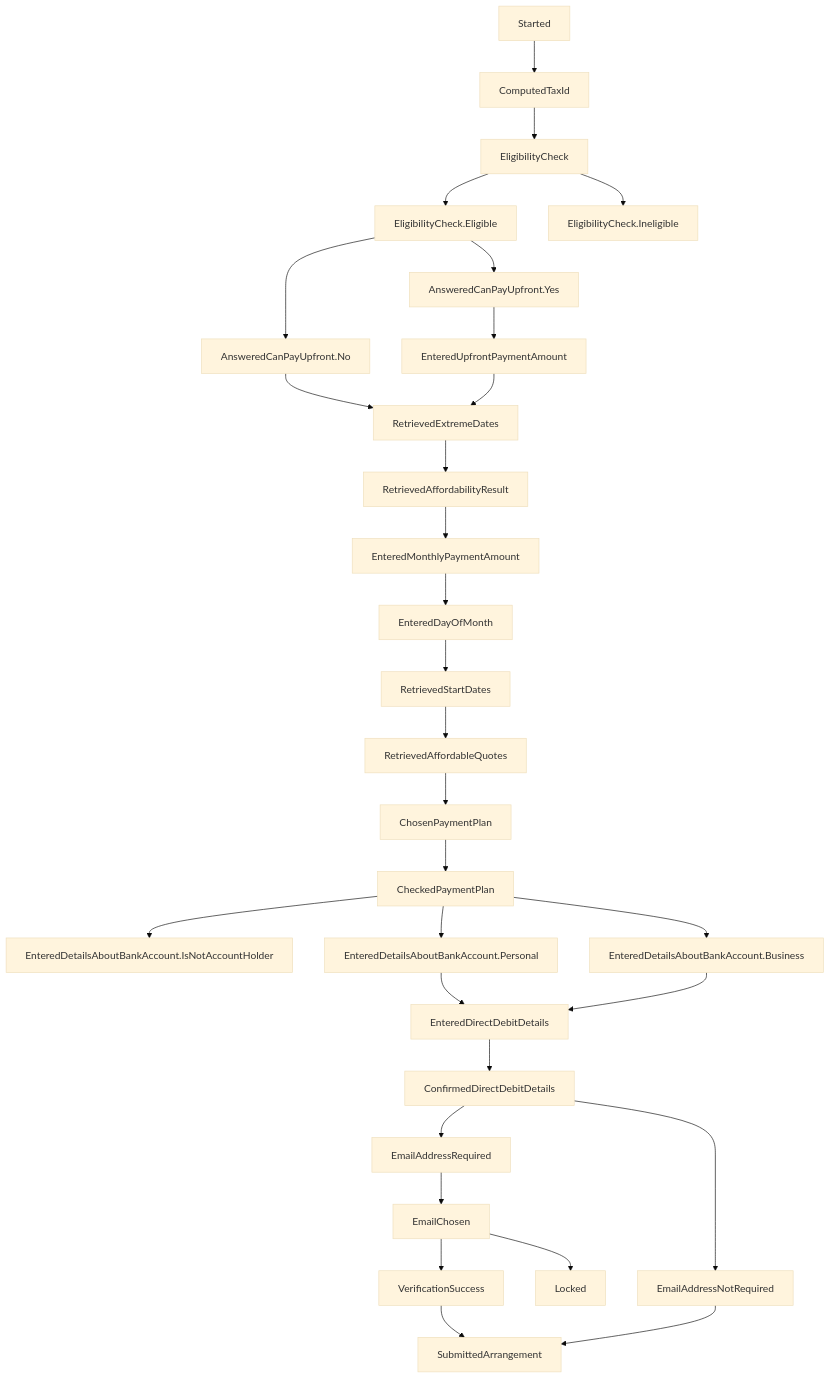
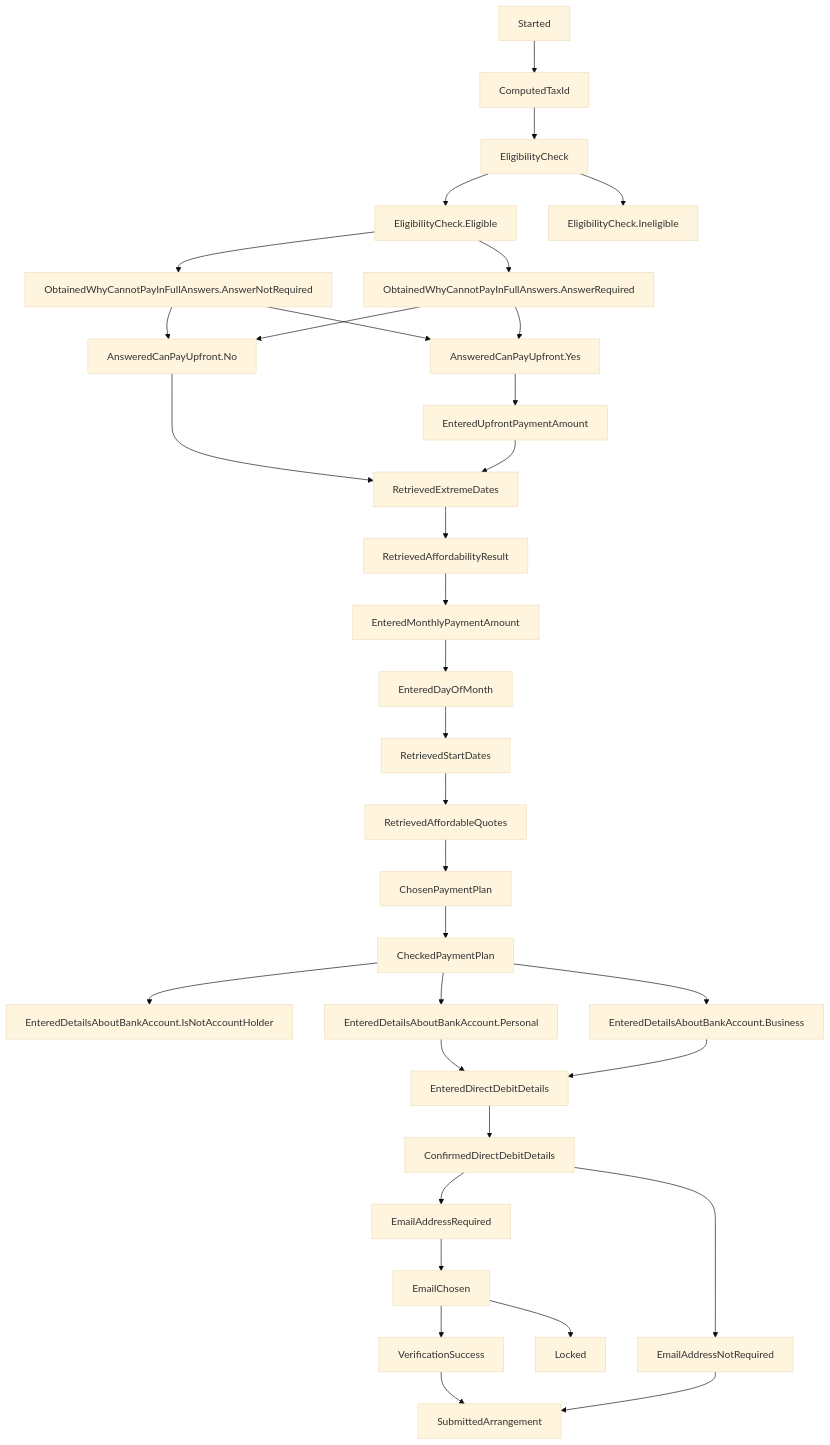
The diagram in README.md (hmrc/essttp-backend), drawn with Mermaid (base theme) before and after one commit. The commit also changed 31 other files, not shown here.

Commit message:
add whyCannotPay in journey

````diff
--- a/README.md
+++ b/README.md
@@ -38,31 +38,35 @@
 ```mermaid
 graph TD;
     Started --> ComputedTaxId;
     ComputedTaxId --> EligibilityCheck;
     EligibilityCheck --> EligibilityCheck.Eligible;
     EligibilityCheck --> EligibilityCheck.Ineligible;
-    EligibilityCheck.Eligible --> AnsweredCanPayUpfront.Yes;
-    EligibilityCheck.Eligible --> AnsweredCanPayUpfront.No;
+    EligibilityCheck.Eligible --> ObtainedWhyCannotPayInFullAnswers.AnswerRequired;
+    EligibilityCheck.Eligible --> ObtainedWhyCannotPayInFullAnswers.AnswerNotRequired;
+    ObtainedWhyCannotPayInFullAnswers.AnswerNotRequired --> AnsweredCanPayUpfront.Yes;
+    ObtainedWhyCannotPayInFullAnswers.AnswerNotRequired --> AnsweredCanPayUpfront.No;
+    ObtainedWhyCannotPayInFullAnswers.AnswerRequired --> AnsweredCanPayUpfront.Yes;
+    ObtainedWhyCannotPayInFullAnswers.AnswerRequired --> AnsweredCanPayUpfront.No;
     AnsweredCanPayUpfront.No --> RetrievedExtremeDates;
     AnsweredCanPayUpfront.Yes --> EnteredUpfrontPaymentAmount --> RetrievedExtremeDates;
     RetrievedExtremeDates --> RetrievedAffordabilityResult;
     RetrievedAffordabilityResult --> EnteredMonthlyPaymentAmount;
     EnteredMonthlyPaymentAmount --> EnteredDayOfMonth;
     EnteredDayOfMonth --> RetrievedStartDates;
     RetrievedStartDates --> RetrievedAffordableQuotes;
     RetrievedAffordableQuotes --> ChosenPaymentPlan;
     ChosenPaymentPlan --> CheckedPaymentPlan;
     CheckedPaymentPlan --> EnteredDetailsAboutBankAccount.IsNotAccountHolder;
     CheckedPaymentPlan --> EnteredDetailsAboutBankAccount.Personal;
     CheckedPaymentPlan --> EnteredDetailsAboutBankAccount.Business;
     EnteredDetailsAboutBankAccount.Personal --> EnteredDirectDebitDetails;
     EnteredDetailsAboutBankAccount.Business --> EnteredDirectDebitDetails;
     EnteredDirectDebitDetails --> ConfirmedDirectDebitDetails;
     ConfirmedDirectDebitDetails --> EmailAddressRequired;
     ConfirmedDirectDebitDetails --> EmailAddressNotRequired;
     EmailAddressRequired --> EmailChosen;
     EmailChosen --> Locked;
     EmailChosen --> VerificationSuccess;
     VerificationSuccess --> SubmittedArrangement;
     EmailAddressNotRequired --> SubmittedArrangement;
 ```
````
